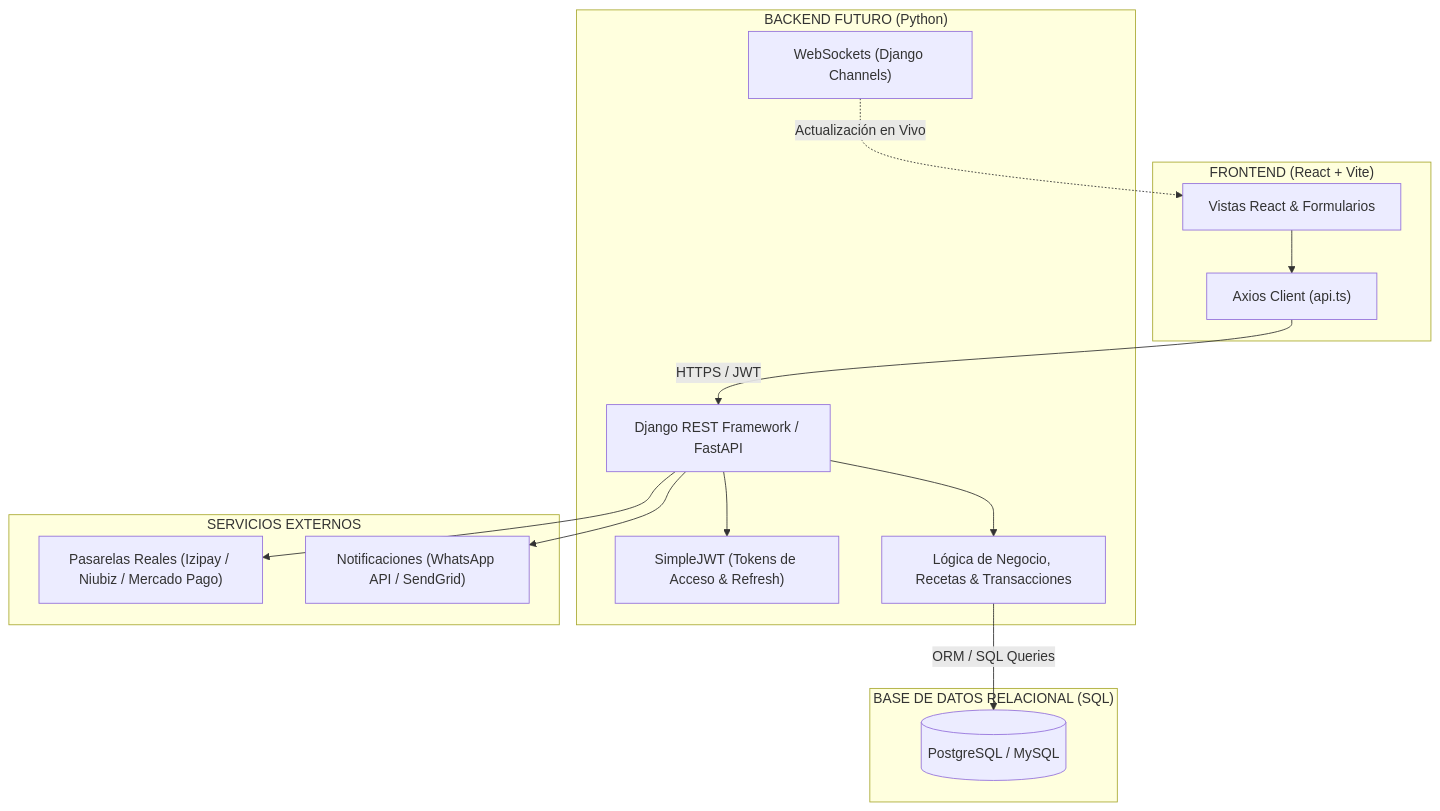
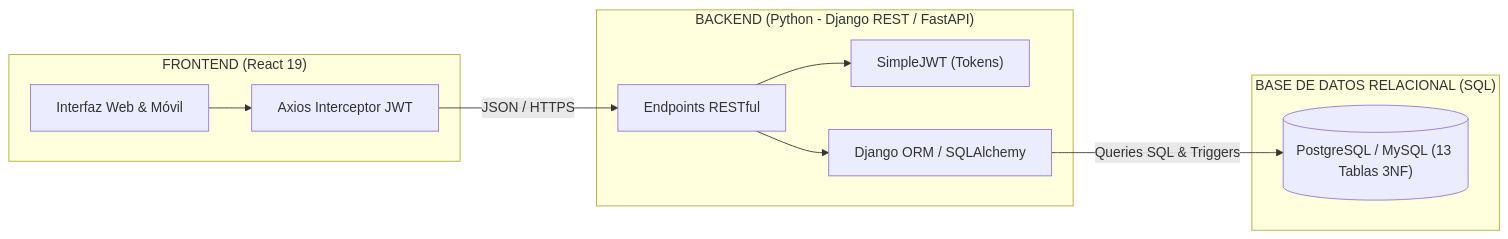
The second of 2 diagrams in frontend/RESUMEN_TECNICO_PROYECTO.md (raforamqutp/SUMAQ-web), drawn with Mermaid before and after one commit. The commit also changed other lines of this file, not shown here.

Commit message:
docs: actualizar informe maestro con analisis de datos del dashboard, simulaciones y arquitectura SQL

````diff
--- a/frontend/RESUMEN_TECNICO_PROYECTO.md
+++ b/frontend/RESUMEN_TECNICO_PROYECTO.md
@@ -115,32 +103,23 @@
 ```mermaid
-graph TD
-    subgraph FRONTEND ["FRONTEND (React + Vite)"]
-        UI["Vistas React & Formularios"]
-        AXIOS["Axios Client (api.ts)"]
+graph LR
+    subgraph CLIENTE ["FRONTEND (React 19)"]
+        UI["Interfaz Web & Móvil"]
+        AXIOS["Axios Interceptor JWT"]
     end
 
-    subgraph BACKEND ["BACKEND FUTURO (Python)"]
-        API["Django REST Framework / FastAPI"]
-        AUTH["SimpleJWT (Tokens de Acceso & Refresh)"]
-        LOGIC["Lógica de Negocio, Recetas & Transacciones"]
-        WS["WebSockets (Django Channels)"]
+    subgraph SERVIDOR ["BACKEND (Python - Django REST / FastAPI)"]
+        API["Endpoints RESTful"]
+        AUTH["SimpleJWT (Tokens)"]
+        ORM["Django ORM / SQLAlchemy"]
     end
 
-    subgraph DATABASE ["BASE DE DATOS RELACIONAL (SQL)"]
-        PG[("PostgreSQL / MySQL")]
-    end
-
-    subgraph SERVICES ["SERVICIOS EXTERNOS"]
-        GATEWAY["Pasarelas Reales (Izipay / Niubiz / Mercado Pago)"]
-        NOTIF["Notificaciones (WhatsApp API / SendGrid)"]
+    subgraph BD ["BASE DE DATOS RELACIONAL (SQL)"]
+        SQL[("PostgreSQL / MySQL (13 Tablas 3NF)")]
     end
 
     UI --> AXIOS
-    AXIOS -- "HTTPS / JWT" --> API
+    AXIOS -- "JSON / HTTPS" --> API
     API --> AUTH
-    API --> LOGIC
-    LOGIC -- "ORM / SQL Queries" --> PG
-    API --> GATEWAY
-    API --> NOTIF
-    WS -. "Actualización en Vivo" .-> UI
+    API --> ORM
+    ORM -- "Queries SQL & Triggers" --> SQL
 ```
````
